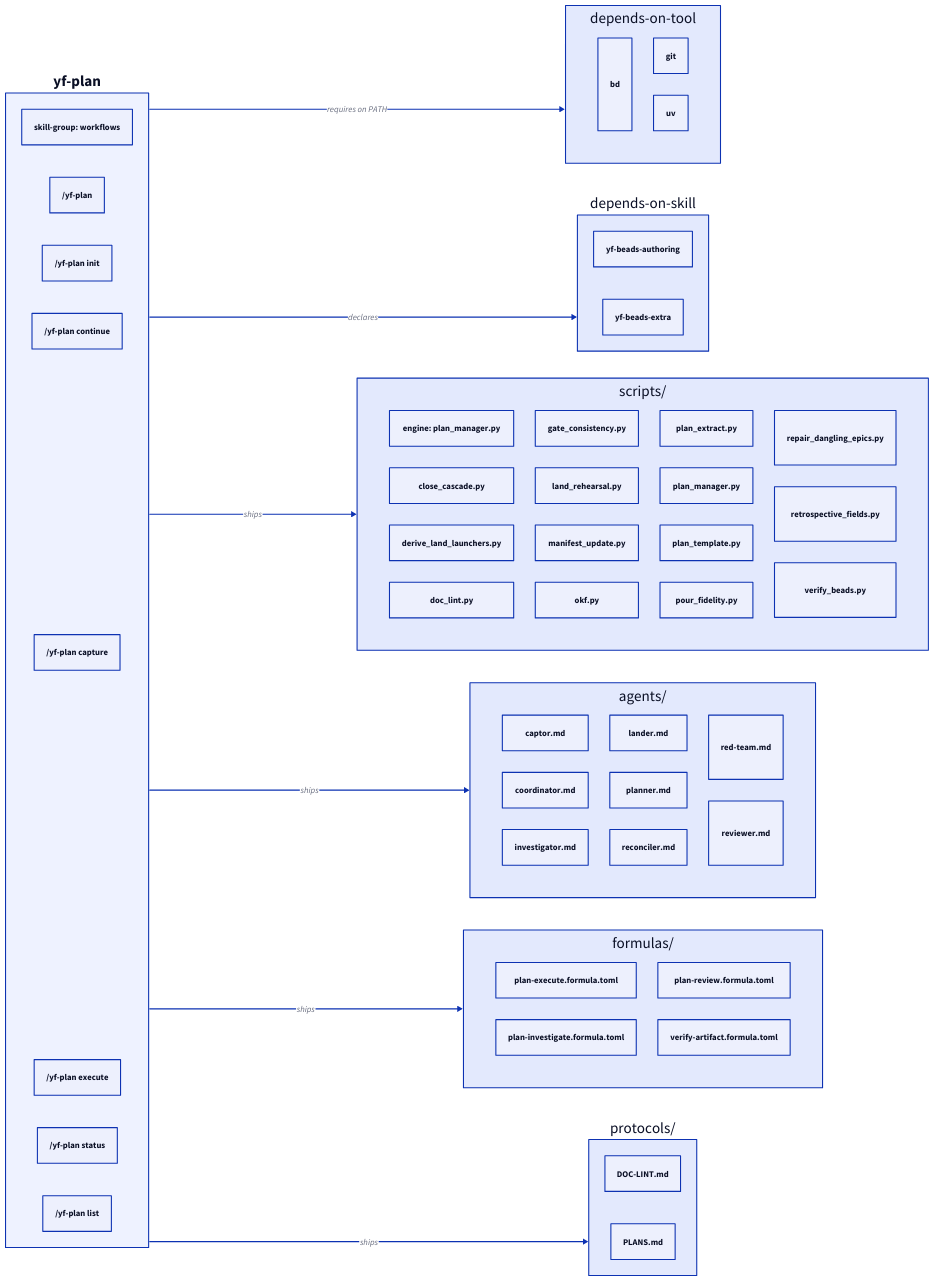
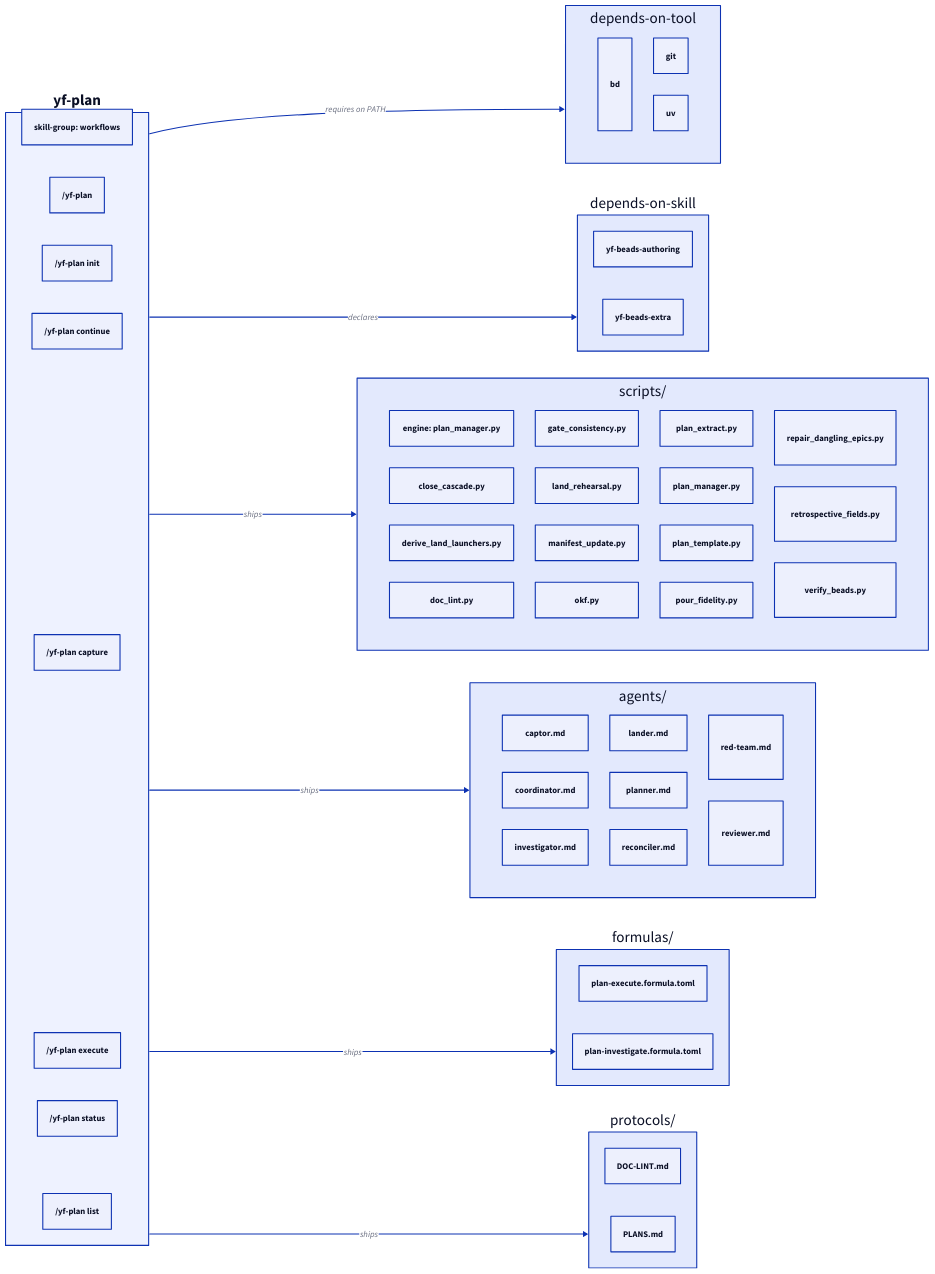
The diagram in web/content/images/skills/yf-plan.d2 (dixson3/yoshiko-flow), drawn with D2 before and after one commit. The commit also changed 16 other files, not shown here.

Commit message:
plan-071 Issue 2.5: delete the unpoured plan-review and verify-artifact formulas and every reference (checks, tests, README, web page, diagrams)

```diff
--- a/web/content/images/skills/yf-plan.d2
+++ b/web/content/images/skills/yf-plan.d2
@@ -1,91 +1,88 @@
 # GENERATED by web/plugins/skill_diagrams.py — DO NOT EDIT BY HAND.
 # Regenerate: uv run web/plugins/skill_diagrams.py
 # Verify:     uv run web/plugins/skill_diagrams.py --check
 # Source of truth: skills/yf-plan/SKILL.md frontmatter + directory listings,
 # read through web/plugins/skill_model.py — the SAME reader the site page uses.
 # nodes=10 edges=9 (threshold: nodes >= 5)
 direction: right
 
 yf_plan: {
   label: "yf-plan"
   style.fill: "#eef2ff"
   style.bold: true
   group: "skill-group: workflows"
   invocation: "/yf-plan"
   verb_init: "/yf-plan init"
   verb_continue: "/yf-plan continue"
   verb_capture: "/yf-plan capture"
   verb_execute: "/yf-plan execute"
   verb_status: "/yf-plan status"
   verb_list: "/yf-plan list"
 }
 
 tools: {
   label: "depends-on-tool"
   grid-columns: 2
   bd: "bd"
   git: "git"
   uv: "uv"
 }
 
 deps: {
   label: "depends-on-skill"
   # single column
   yf_beads_authoring: "yf-beads-authoring"
   yf_beads_extra: "yf-beads-extra"
 }
 
 scripts: {
   label: "scripts/"
   engine: "engine: plan_manager.py"
   grid-columns: 4
   close_cascade_py: "close_cascade.py"
   derive_land_launchers_py: "derive_land_launchers.py"
   doc_lint_py: "doc_lint.py"
   gate_consistency_py: "gate_consistency.py"
   land_rehearsal_py: "land_rehearsal.py"
   manifest_update_py: "manifest_update.py"
   okf_py: "okf.py"
   plan_extract_py: "plan_extract.py"
   plan_manager_py: "plan_manager.py"
   plan_template_py: "plan_template.py"
   pour_fidelity_py: "pour_fidelity.py"
   repair_dangling_epics_py: "repair_dangling_epics.py"
   retrospective_fields_py: "retrospective_fields.py"
   verify_beads_py: "verify_beads.py"
 }
 
 agents: {
   label: "agents/"
   grid-columns: 3
   captor_md: "captor.md"
   coordinator_md: "coordinator.md"
   investigator_md: "investigator.md"
   lander_md: "lander.md"
   planner_md: "planner.md"
   reconciler_md: "reconciler.md"
   red_team_md: "red-team.md"
   reviewer_md: "reviewer.md"
 }
 
 formulas: {
   label: "formulas/"
-  grid-columns: 2
   plan_execute_formula_toml: "plan-execute.formula.toml"
   plan_investigate_formula_toml: "plan-investigate.formula.toml"
-  plan_review_formula_toml: "plan-review.formula.toml"
-  verify_artifact_formula_toml: "verify-artifact.formula.toml"
 }
 
 protocols: {
   label: "protocols/"
   DOC_LINT_md: "DOC-LINT.md"
   PLANS_md: "PLANS.md"
 }
 
 yf_plan -> tools: "requires on PATH"
 yf_plan -> deps: "declares"
 yf_plan -> scripts: "ships"
 yf_plan -> agents: "ships"
 yf_plan -> formulas: "ships"
 yf_plan -> protocols: "ships"
```
